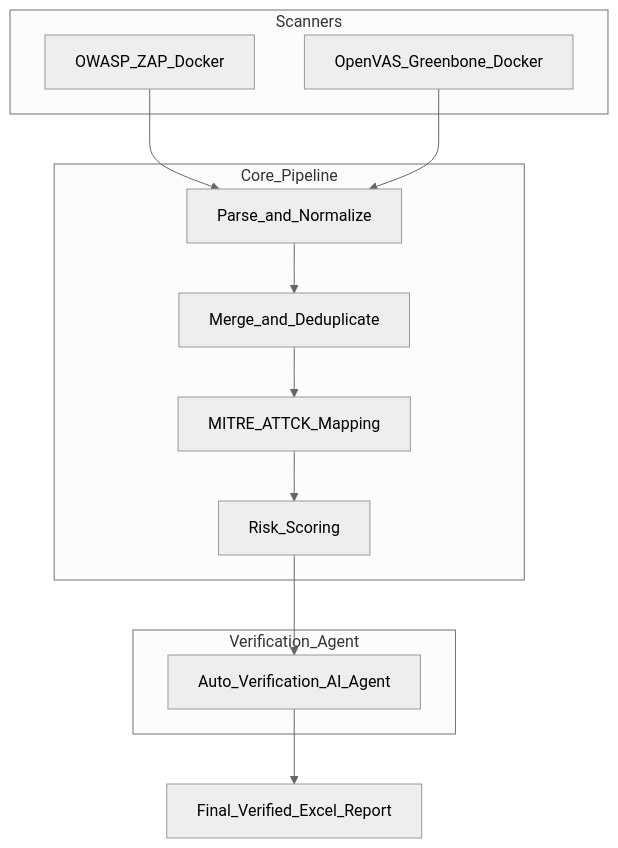
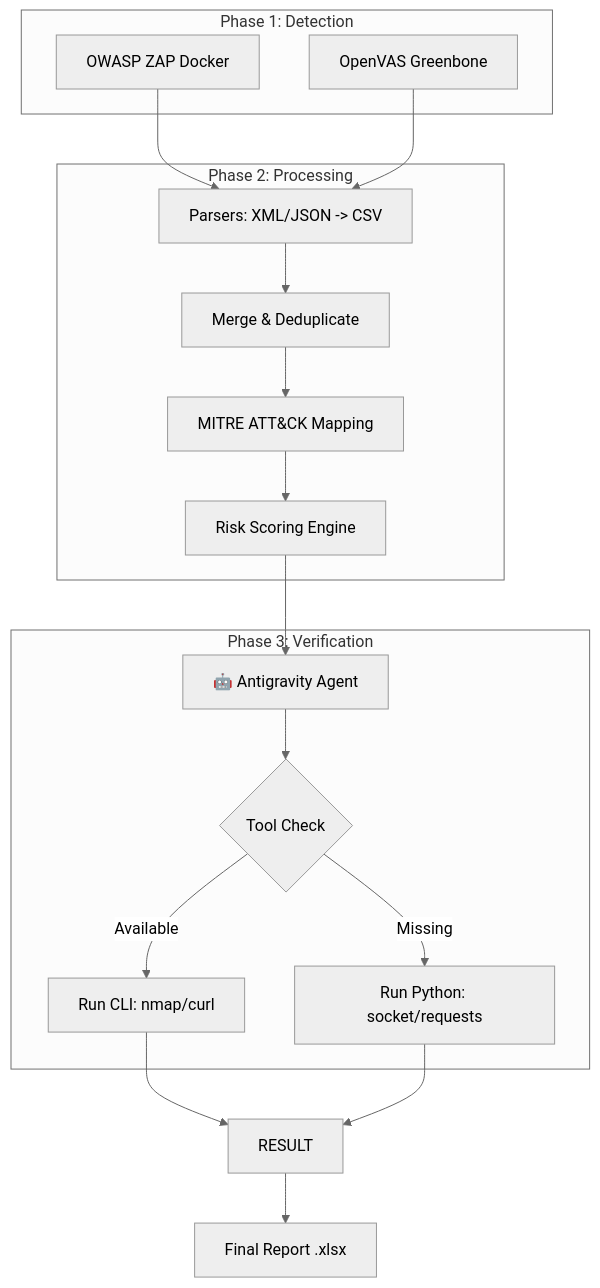
Before and after one commit to Tc3s/tool-scan-pipeline-security: the diagram in docs/README.md, drawn with Mermaid (neutral theme). The commit also changed other lines of this file, not shown here.

````diff
--- a/docs/README.md
+++ b/docs/README.md
@@ -34,26 +38,32 @@
 ```mermaid
 graph TD
-    subgraph Scanners
-        ZAP[OWASP_ZAP_Docker]
-        OPV[OpenVAS_Greenbone_Docker]
-    end
+  subgraph "Phase 1: Detection"
+    ZAP[OWASP ZAP Docker]
+    OPV[OpenVAS Greenbone]
+  end
 
-    subgraph Core_Pipeline
-        P1[Parse_and_Normalize]
-        P2[Merge_and_Deduplicate]
-        P3[MITRE_ATTCK_Mapping]
-        P4[Risk_Scoring]
-    end
+  subgraph "Phase 2: Processing"
+    P1[Parsers: XML/JSON -> CSV]
+    P2[Merge & Deduplicate]
+    P3[MITRE ATT&CK Mapping]
+    P4[Risk Scoring Engine]
+  end
 
-    subgraph Verification_Agent
-        AI[Auto_Verification_AI_Agent]
-    end
+  subgraph "Phase 3: Verification"
+    AI[🤖 Antigravity Agent]
+    LOGIC{Tool Check}
+    CLI[Run CLI: nmap/curl]
+    PY[Run Python: socket/requests]
+  end
 
-    ZAP --> P1
-    OPV --> P1
-    P1 --> P2
-    P2 --> P3
-    P3 --> P4
-    P4 --> AI
-    AI --> XLS[Final_Verified_Excel_Report]
+  ZAP --> P1
+  OPV --> P1
+  P1 --> P2 --> P3 --> P4
+  P4 --> AI
+  AI --> LOGIC
+  LOGIC -->|Available| CLI
+  LOGIC -->|Missing| PY
+  CLI --> RESULT
+  PY --> RESULT
+  RESULT --> XLS[Final Report .xlsx]
 ```
````
